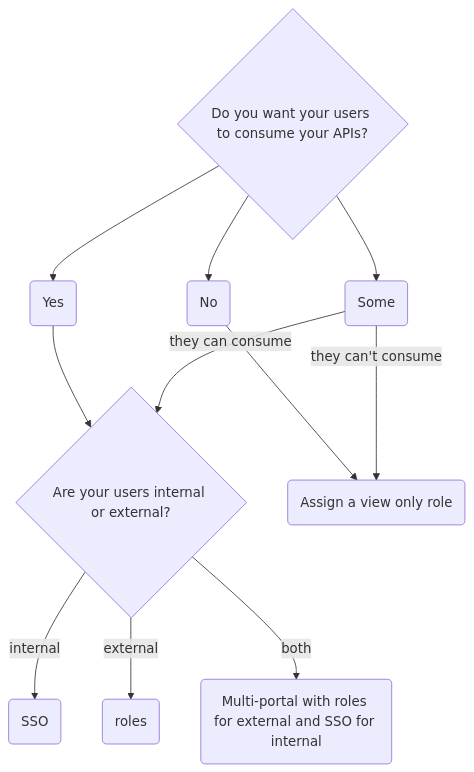
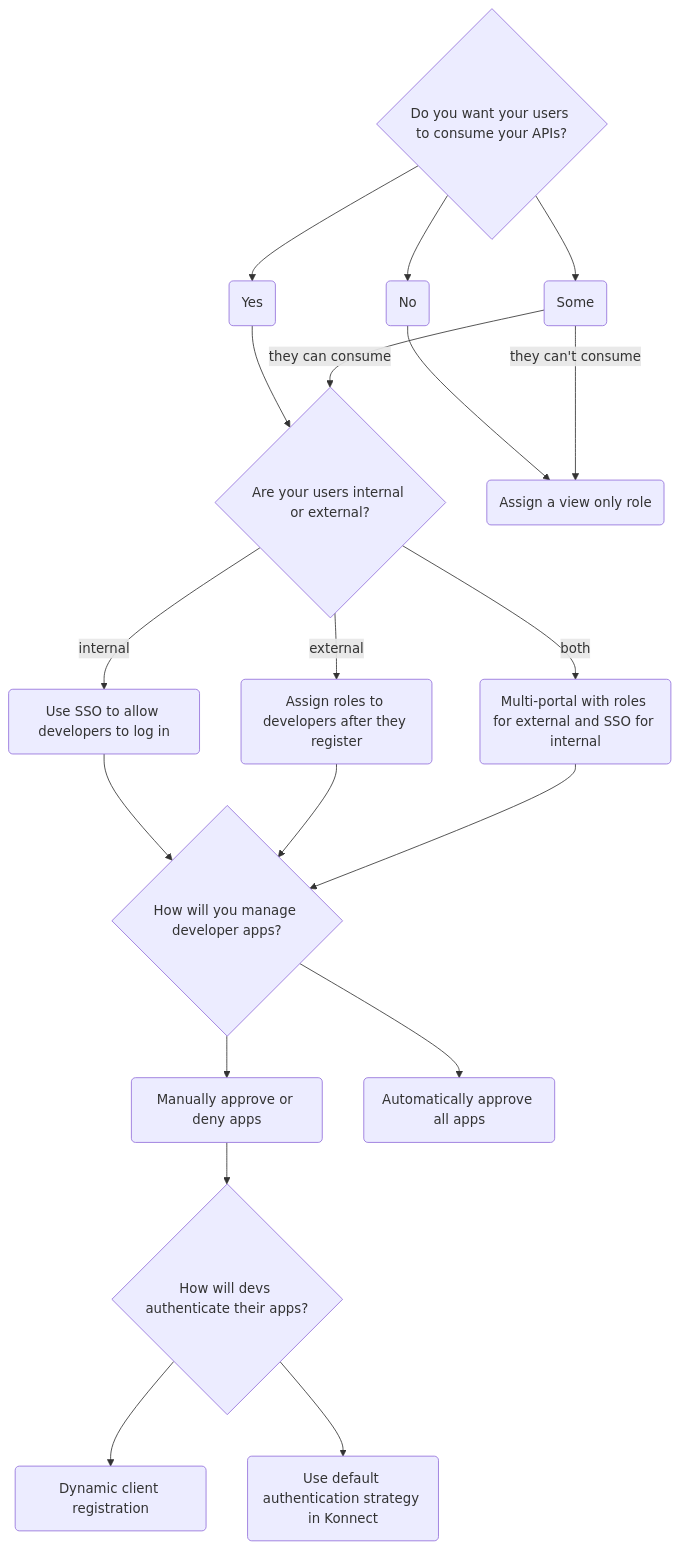
The diagram in app/konnect/dev-portal/configuration-prep.md (Kong/docs.konghq.com), drawn with Mermaid before and after one commit. The commit also changed other lines of this file and 3 other files, not shown here.

Commit message:
Remove auto approve doc since it's already covered in another doc, add redirect for auto approve doc, clean up config diagram so it's just one and the page has less text

```diff
--- a/app/konnect/dev-portal/configuration-prep.md
+++ b/app/konnect/dev-portal/configuration-prep.md
@@ -58,13 +25,30 @@
 {% mermaid %}
 flowchart TD
     A{Do you want your users to consume your APIs?} --> B(Yes)
     B --> C{Are your users internal or external?}
-    C --> |internal| D(SSO)
-    C --> |external| J(roles)
+    C --> |internal| D(Use SSO to allow developers to log in)
+    C --> |external| J(Assign roles to developers after they register)
     C --> |both| K(Multi-portal with roles for external and SSO for internal)
     A --> E(No)
     A --> F(Some)
     E --> G(Assign a view only role)
     F --> |they can't consume| G
     F --> |they can consume| C
+    D --> H{How will you manage developer apps?}
+    J --> H
+    K --> H
+    H --> I(Manually approve or deny apps)
+    H --> L(Automatically approve all apps)
+    I --> M{How will devs authenticate their apps?}
+    M --> N(Dynamic client registration)
+    M --> O(Use default authentication strategy in Konnect)
+
+    %% this section defines node interactions
+    click D "/konnect/dev-portal/access-and-approval/azure/"
+    click J "/konnect/dev-portal/access-and-approval/manage-teams/"
+    click G "/konnect/dev-portal/access-and-approval/manage-teams/"
+    click I "/konnect/dev-portal/access-and-approval/manage-app-reg-requests/"
+    click L "/konnect/dev-portal/create-dev-portal/"
+    click N "/konnect/dev-portal/applications/dynamic-client-registration/"
+    click O "/konnect/dev-portal/applications/enable-app-reg/"
 {% endmermaid %}
```
